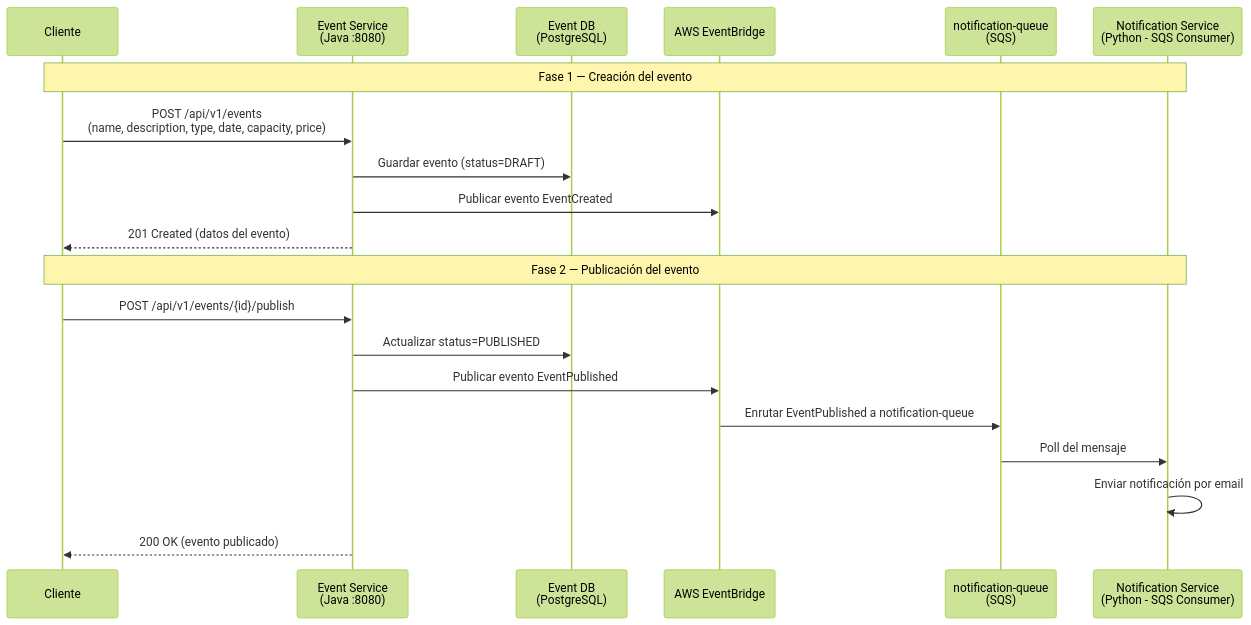
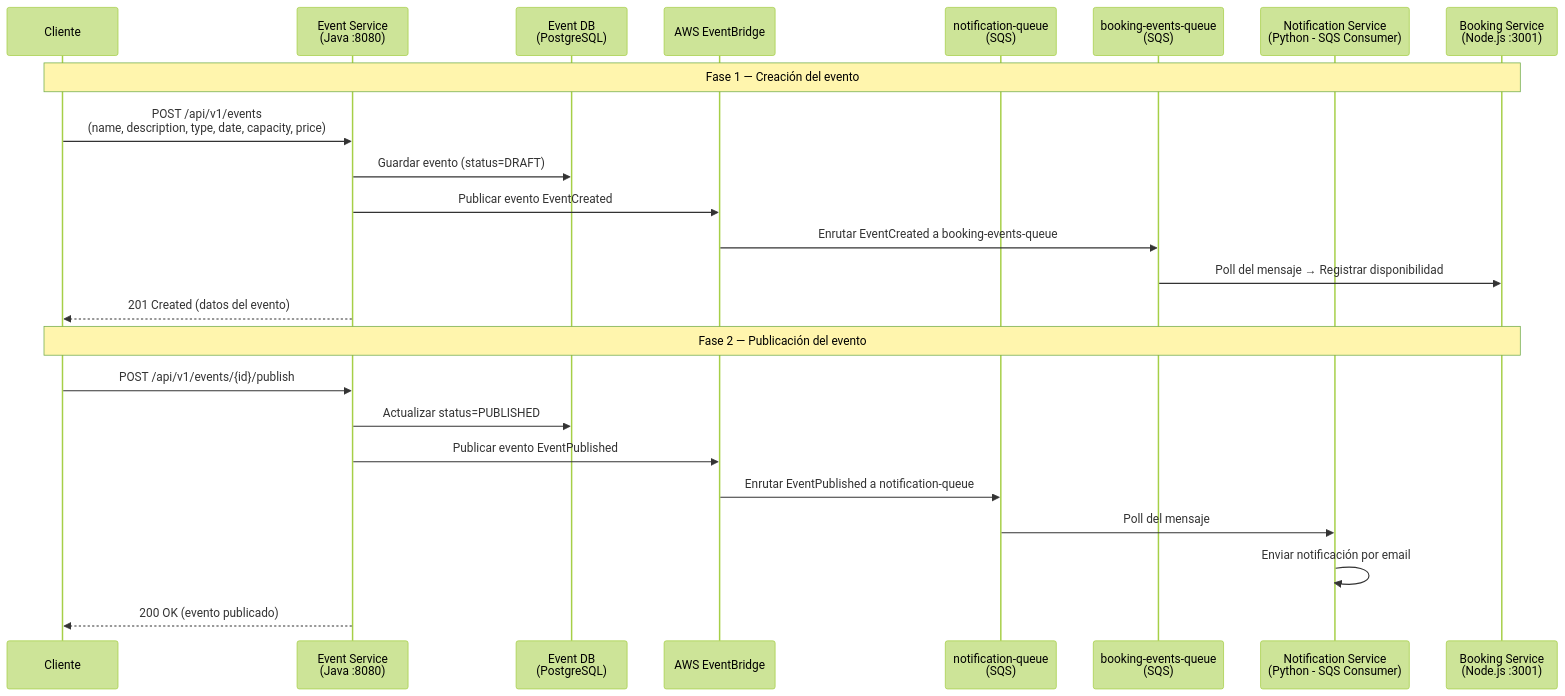
One commit to nicoupc/Cloud-Native-Architecture-Challenge changed the first of 4 diagrams in docs/sequence-diagrams.md. Above: the diagram before and after it, drawn with Mermaid (forest theme). The commit also changed other lines of this file and 7 other files, not shown here.

First line of the commit message:
docs: translate ADRs to Spanish, improve C4 diagram and sequence diagrams

````diff
--- a/docs/sequence-diagrams.md
+++ b/docs/sequence-diagrams.md
@@ -11,26 +11,30 @@
 ```mermaid
 sequenceDiagram
     participant User as Cliente
     participant EventService as Event Service<br/>(Java :8080)
     participant PostgreSQL as Event DB<br/>(PostgreSQL)
     participant EventBridge as AWS EventBridge
-    participant SQS as notification-queue<br/>(SQS)
+    participant SQS_N as notification-queue<br/>(SQS)
+    participant SQS_B as booking-events-queue<br/>(SQS)
     participant NotificationService as Notification Service<br/>(Python - SQS Consumer)
+    participant BookingService as Booking Service<br/>(Node.js :3001)
 
-    Note over User,NotificationService: Fase 1 — Creación del evento
+    Note over User,BookingService: Fase 1 — Creación del evento
 
     User->>EventService: POST /api/v1/events<br/>(name, description, type, date, capacity, price)
     EventService->>PostgreSQL: Guardar evento (status=DRAFT)
     EventService->>EventBridge: Publicar evento EventCreated
+    EventBridge->>SQS_B: Enrutar EventCreated a booking-events-queue
+    SQS_B->>BookingService: Poll del mensaje → Registrar disponibilidad
     EventService-->>User: 201 Created (datos del evento)
 
-    Note over User,NotificationService: Fase 2 — Publicación del evento
+    Note over User,BookingService: Fase 2 — Publicación del evento
 
     User->>EventService: POST /api/v1/events/{id}/publish
     EventService->>PostgreSQL: Actualizar status=PUBLISHED
     EventService->>EventBridge: Publicar evento EventPublished
-    EventBridge->>SQS: Enrutar EventPublished a notification-queue
-    SQS->>NotificationService: Poll del mensaje
+    EventBridge->>SQS_N: Enrutar EventPublished a notification-queue
+    SQS_N->>NotificationService: Poll del mensaje
     NotificationService->>NotificationService: Enviar notificación por email
     EventService-->>User: 200 OK (evento publicado)
 ```
````
